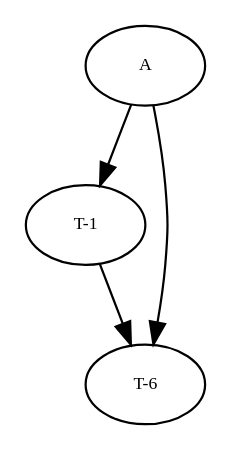
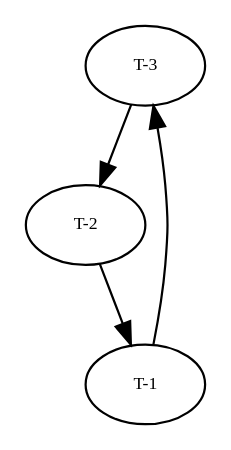
One commit to amso100/livescript-declarations changed the diagram in graphs/dg.dot. Above: the diagram before and after it, drawn with Graphviz. The commit also changed 2 other files, not shown here.

```diff
--- a/graphs/dg.dot
+++ b/graphs/dg.dot
@@ -1,28 +1,28 @@
 digraph RGL__DirectedAdjacencyGraph {
+    "T-3" [
+        fontsize = 8,
+        label = "T-3"
+    ]
+
+    "T-2" [
+        fontsize = 8,
+        label = "T-2"
+    ]
+
     "T-1" [
         fontsize = 8,
         label = "T-1"
     ]
 
-    "T-6" [
-        fontsize = 8,
-        label = "T-6"
-    ]
-
-    A [
-        fontsize = 8,
-        label = A
-    ]
-
-    "T-1" -> "T-6" [
+    "T-3" -> "T-2" [
         fontsize = 8
     ]
 
-    A -> "T-6" [
+    "T-2" -> "T-1" [
         fontsize = 8
     ]
 
-    A -> "T-1" [
+    "T-1" -> "T-3" [
         fontsize = 8
     ]
 }
```
